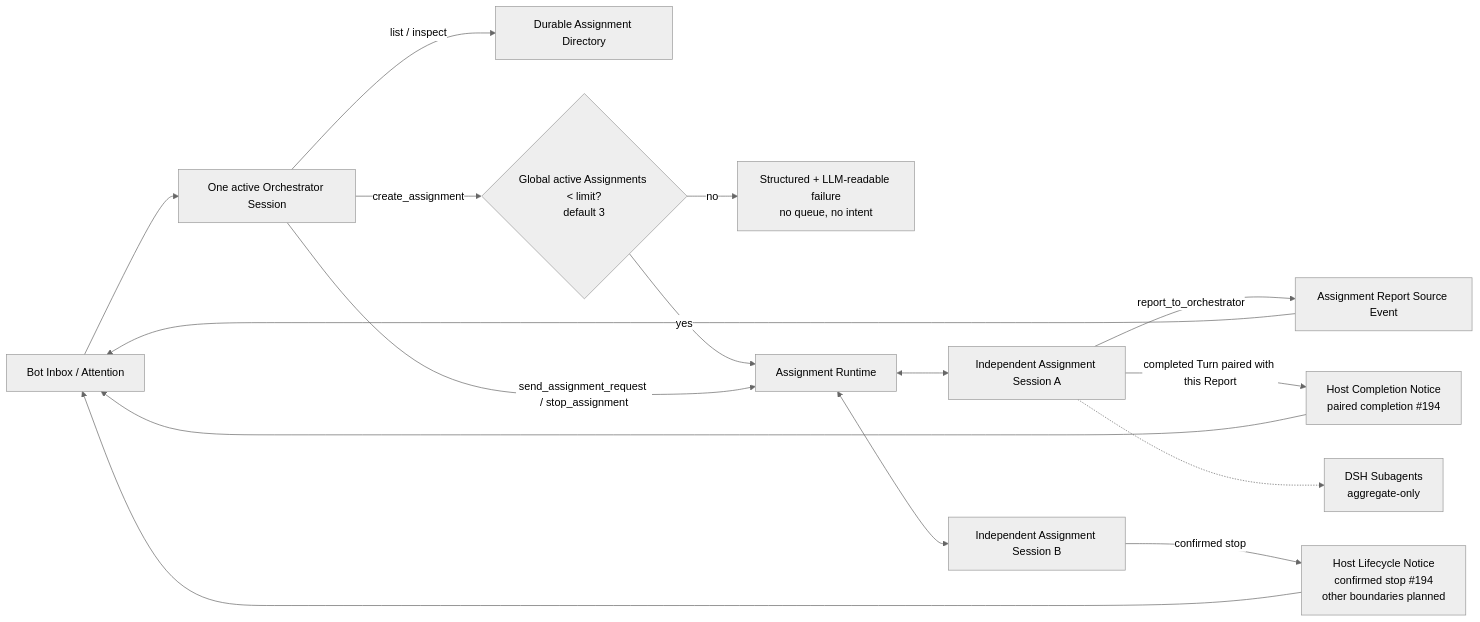
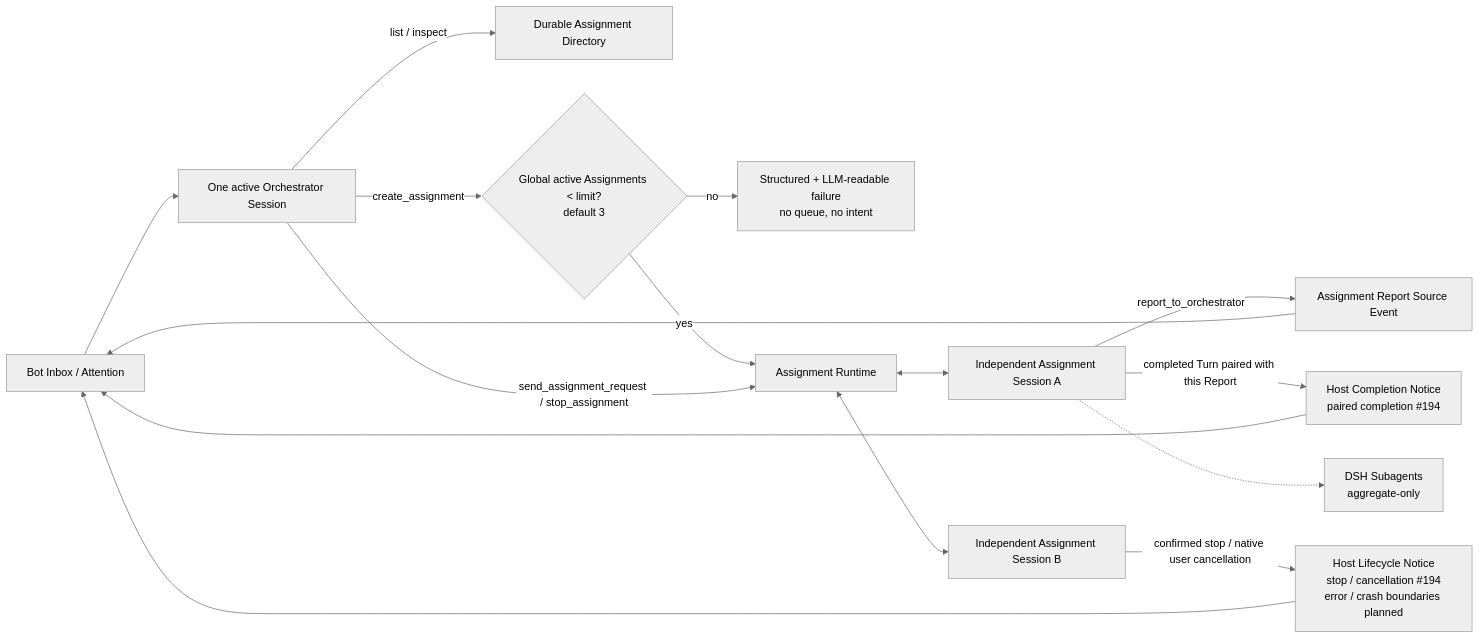
Before and after one commit to BotHarness/BotHarness: the fifth of 7 diagrams in docs/architecture/botharness-architecture.en.md, drawn with Mermaid (neutral theme). The commit also changed other lines of this file and 20 other files, not shown here.

First line of the commit message:
fix: admit Human native Assignment cancellation into Bot Inbox

````diff
--- a/docs/architecture/botharness-architecture.en.md
+++ b/docs/architecture/botharness-architecture.en.md
@@ -346,18 +346,18 @@
 ```mermaid
 flowchart LR
   Inbox["Bot Inbox / Attention"] --> O["One active Orchestrator Session"]
   O -->|"list / inspect"| Dir["Durable Assignment Directory"]
   O -->|"create_assignment"| Gate{"Global active Assignments < limit?<br/>default 3"}
   Gate -- "no" --> Error["Structured + LLM-readable failure<br/>no queue, no intent"]
   Gate -- "yes" --> Runtime["Assignment Runtime"]
   O -->|"send_assignment_request / stop_assignment"| Runtime
   Runtime <--> W1["Independent Assignment Session A"]
   Runtime <--> W2["Independent Assignment Session B"]
   W1 -->|"report_to_orchestrator"| Report["Assignment Report Source Event"]
   W1 -->|"completed Turn paired with this Report"| Completion["Host Completion Notice<br/>paired completion #194"]
-  W2 -->|"confirmed stop"| Notice["Host Lifecycle Notice<br/>confirmed stop #194<br/>other boundaries planned"]
+  W2 -->|"confirmed stop / native user cancellation"| Notice["Host Lifecycle Notice<br/>stop / cancellation #194<br/>error / crash boundaries planned"]
   Report --> Inbox
   Completion --> Inbox
   Notice --> Inbox
   W1 -.-> Sub["DSH Subagents<br/>aggregate-only"]
 ```
````
